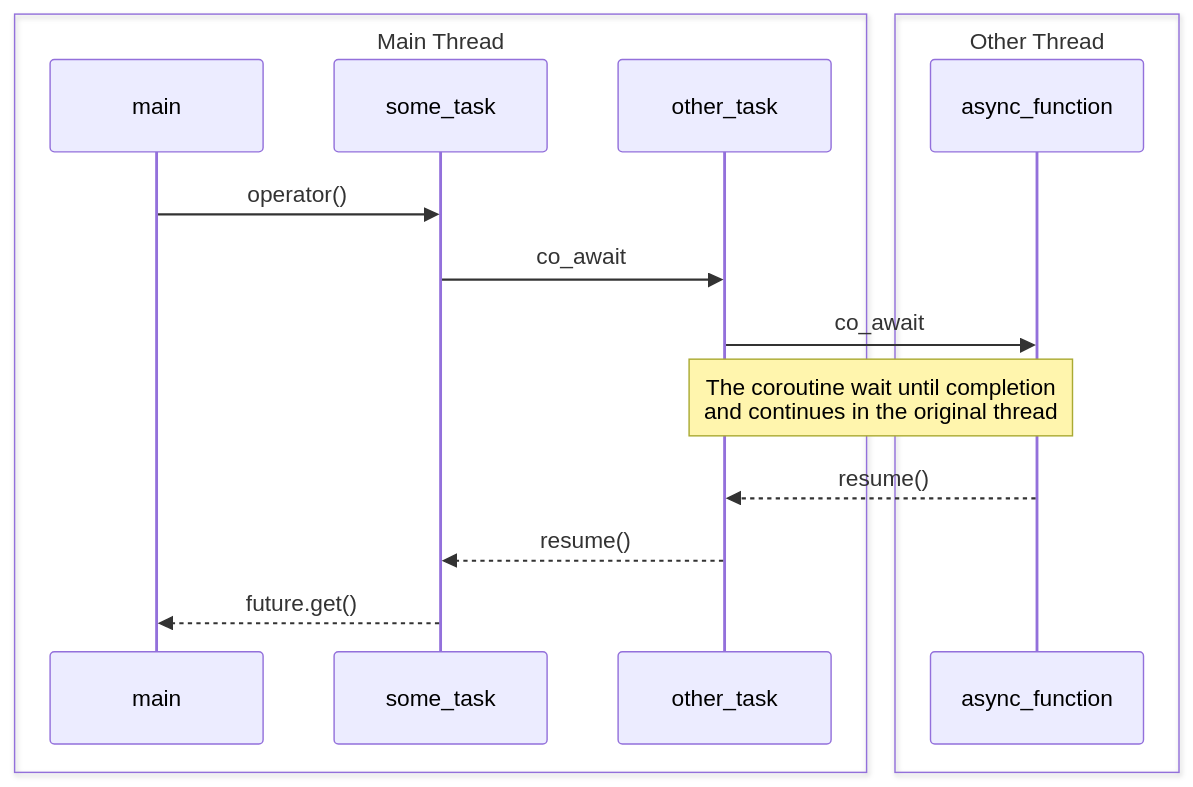
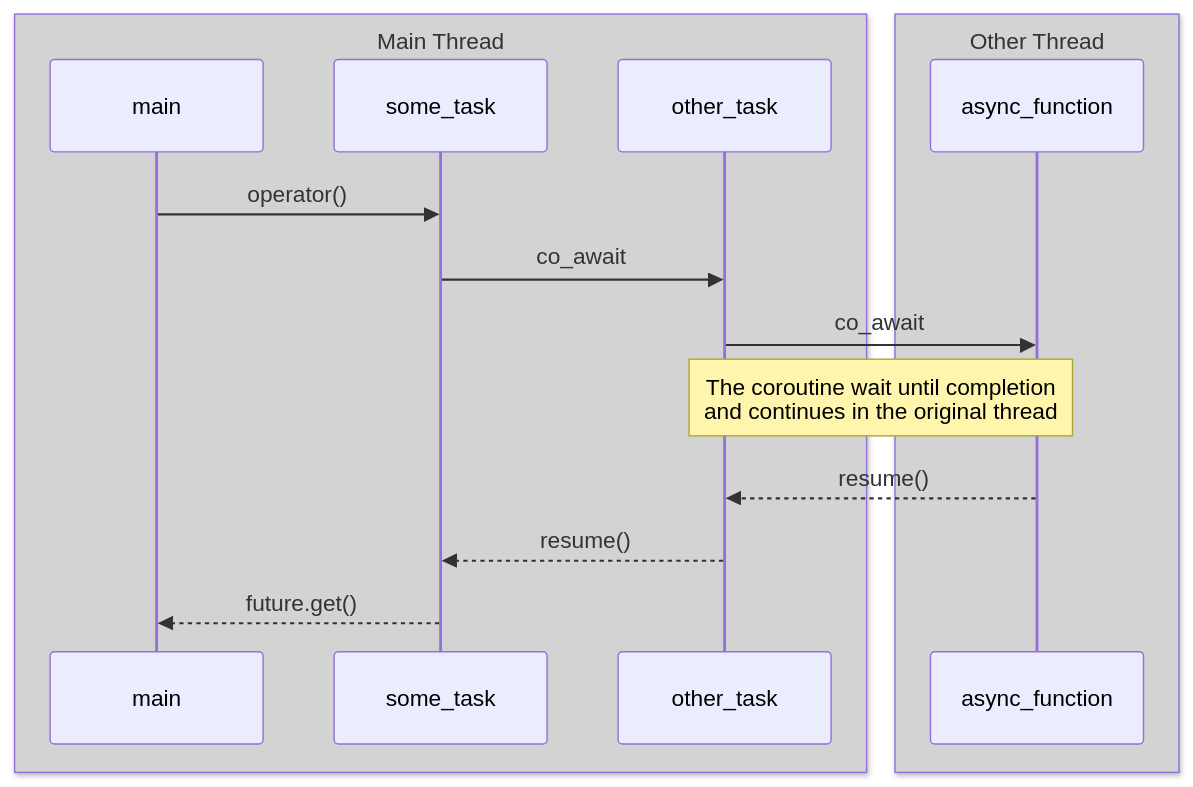
One commit to lazy-coders/lzc-coro changed the diagram in README.md. Above: the diagram before and after it, drawn with Mermaid.

````diff
--- a/README.md
+++ b/README.md
@@ -15,18 +15,18 @@
 ```mermaid
 sequenceDiagram
-    box Main Thread
+    box LightGrey Main Thread
         participant main
         participant some_task
         participant other_task
     end
-    box Other Thread
+    box LightGrey  Other Thread
         participant async_function
     end
     main->>some_task: operator()
     some_task->>other_task: co_await
     other_task->>async_function: co_await
     Note over other_task,async_function: The coroutine wait until completion<br/>and continues in the original thread
     async_function-->>other_task:resume()
     other_task-->>some_task:resume()
     some_task-->>main:future.get()
 ```
````
